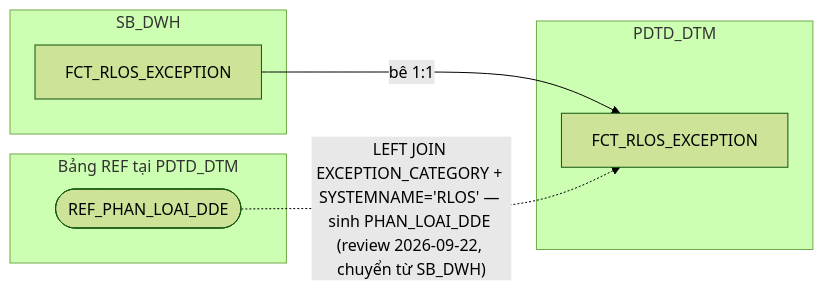
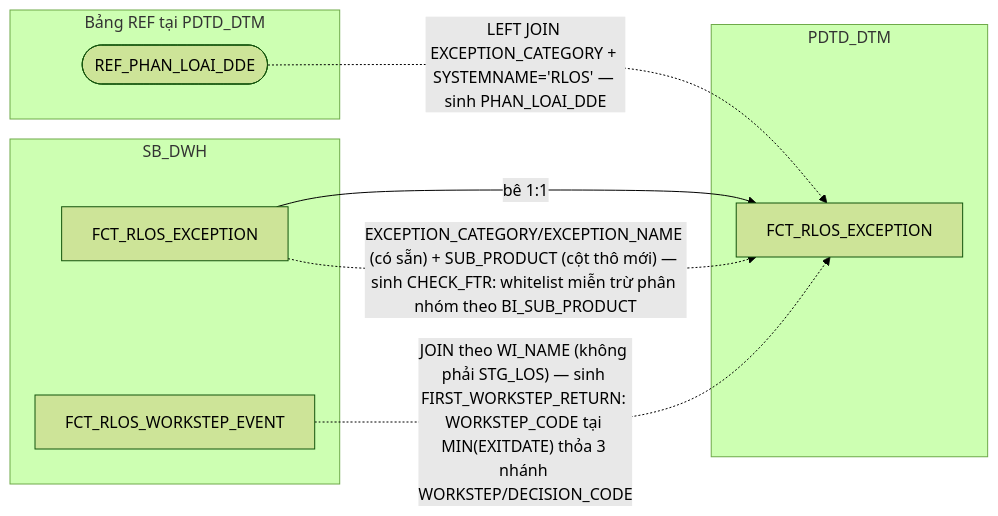
One commit to chien1198/sb-mapping-gen changed diagram 14 of 19 in hld/hld_review/HLD_FCT_PDTD_DTM_review.md. Above: the diagram before and after it, drawn with Mermaid (forest theme). The commit also changed other lines of this file and 183 other files, not shown here.

````diff
--- a/hld/hld_review/HLD_FCT_PDTD_DTM_review.md
+++ b/hld/hld_review/HLD_FCT_PDTD_DTM_review.md
@@ -848,14 +918,17 @@
 ```mermaid
 flowchart LR
     subgraph SB_DWH
         C["FCT_RLOS_EXCEPTION"]
+        WE["FCT_RLOS_WORKSTEP_EVENT"]
     end
     subgraph REF_DTM["Bảng REF tại PDTD_DTM"]
         REF(["REF_PHAN_LOAI_DDE"])
     end
     subgraph PDTD_DTM
         D["FCT_RLOS_EXCEPTION"]
     end
     C -->|bê 1:1| D
-    REF -.->|"LEFT JOIN EXCEPTION_CATEGORY + SYSTEMNAME='RLOS' — sinh PHAN_LOAI_DDE (review 2026-09-22, chuyển từ SB_DWH)"| D
+    REF -.->|"LEFT JOIN EXCEPTION_CATEGORY + SYSTEMNAME='RLOS' — sinh PHAN_LOAI_DDE"| D
+    WE -.->|"JOIN theo WI_NAME (không phải STG_LOS) — sinh FIRST_WORKSTEP_RETURN: WORKSTEP_CODE tại MIN(EXITDATE) thỏa 3 nhánh WORKSTEP/DECISION_CODE"| D
+    C -.->|"EXCEPTION_CATEGORY/EXCEPTION_NAME (có sẵn) + SUB_PRODUCT (cột thô mới) — sinh CHECK_FTR: whitelist miễn trừ phân nhóm theo BI_SUB_PRODUCT"| D
 ```
````
